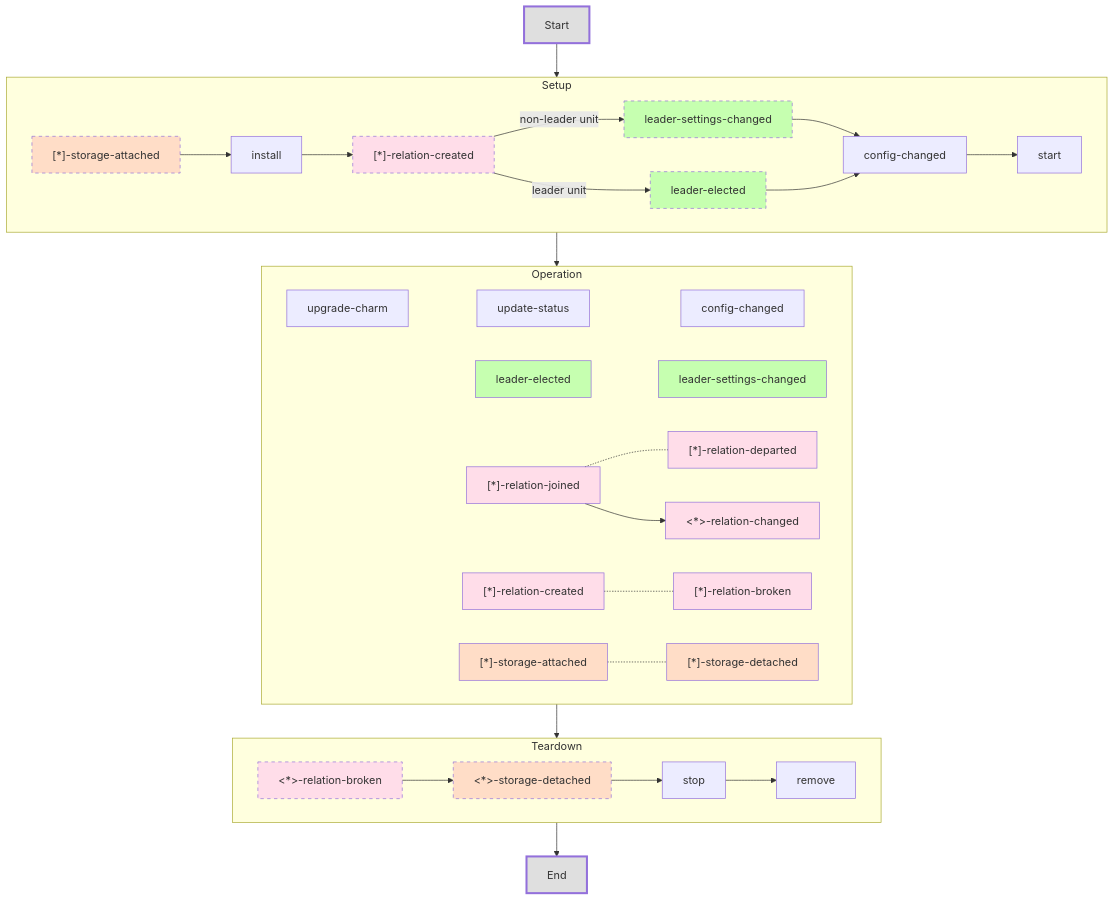
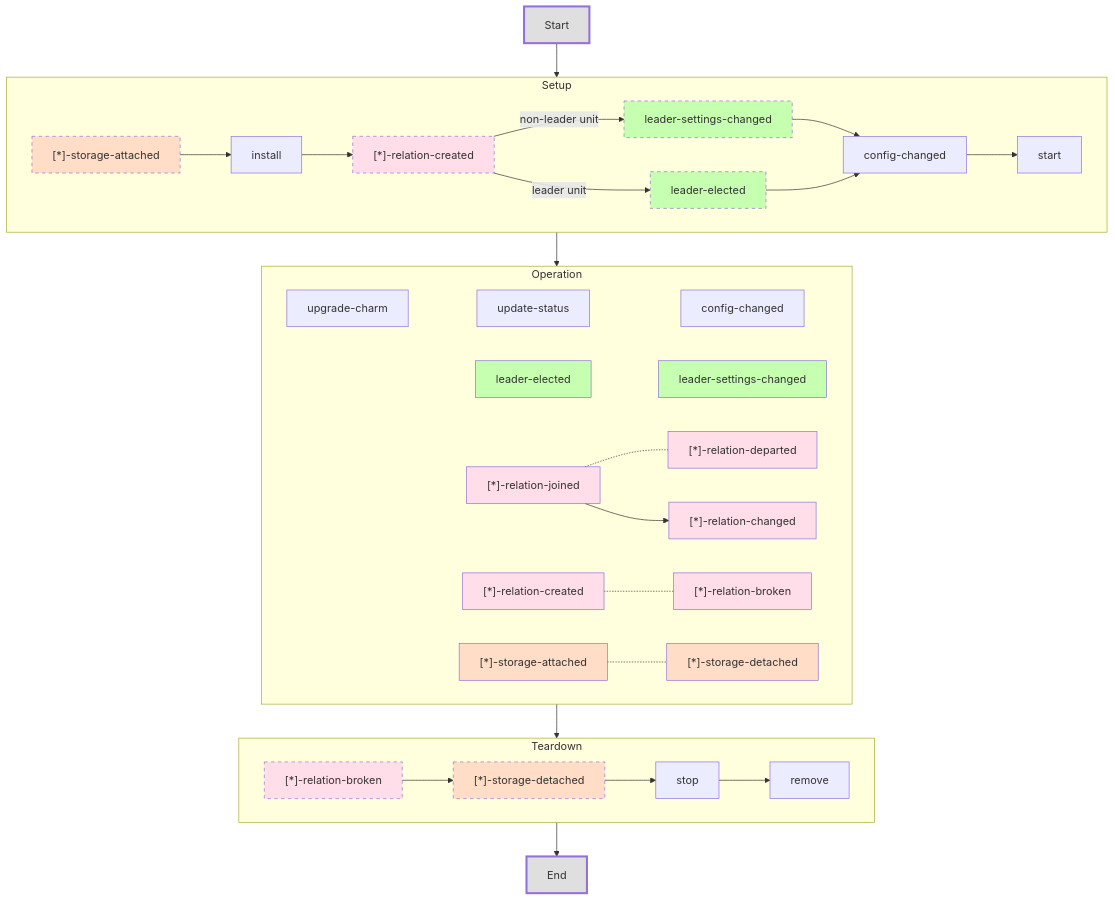
Before and after one commit to canonical/charm-events: the first of 3 diagrams in README.md, drawn with Mermaid. The commit also changed other lines of this file, not shown here.

````diff
--- a/README.md
+++ b/README.md
@@ -5,50 +5,50 @@
 ```mermaid
 flowchart TD
     subgraph Setup
         storage_attached["[*]-storage-attached"]:::optStorageEvent --> install
         install --> relation_created["[*]-relation-created"]:::optRelationEvent
         relation_created --> |leader unit|leader_elected[leader-elected]:::optLeaderEvent
         relation_created --> |non-leader unit|leader_settings_changed[leader-settings-changed]:::optLeaderEvent
         leader_settings_changed --> config_changed[config-changed]
         leader_elected --> config_changed[config-changed]
         config_changed --> start
     end
 
     subgraph Operation
         upgrade_charm[upgrade-charm] --- 
         update_status[update-status] ---
         config_changed_mant[config-changed] 
         leader_elected_mant[leader-elected]:::leaderEvent --- 
         leader_settings_changed_mant[leader-settings-changed]:::leaderEvent
         relation_joined_mant["[*]-relation-joined"]:::relationEvent -.- relation_departed_mant["[*]-relation-departed"]:::relationEvent
-        relation_joined_mant --> relation_changed_mant[<*>-relation-changed]:::relationEvent 
+        relation_joined_mant --> relation_changed_mant["[*]-relation-changed"]:::relationEvent 
         relation_created_mant["[*]-relation-created"]:::relationEvent -.- relation_broken_mant["[*]-relation-broken"]:::relationEvent 
         storage_attached_mant["[*]-storage-attached"]:::storageEvent -.- storage_detached_mant["[*]-storage-detached"]:::storageEvent
     end
     
     subgraph Teardown
-        relation_broken_teard[<*>-relation-broken]:::optRelationEvent -->
-        storage_detached[<*>-storage-detached]:::optStorageEvent -->
+        relation_broken_teard["[*]-relation-broken"]:::optRelationEvent -->
+        storage_detached["[*]-storage-detached"]:::optStorageEvent -->
         stop -->
         remove
     end
     
     Start:::meta --> 
     Setup --> 
     Operation --> 
     Teardown --> 
     End:::meta
 
 linkStyle 7 stroke:#fff0,stroke-width:1px;
 linkStyle 8 stroke:#fff0,stroke-width:1px;
 linkStyle 9 stroke:#fff0,stroke-width:1px;
 
 classDef relationEvent fill:#f9f5;
 classDef storageEvent fill:#f995;
 classDef leaderEvent fill:#5f55;
 classDef meta fill:#1112,stroke-width:3px;
 
 classDef optRelationEvent fill:#f9f5,stroke-dasharray: 5 5;
 classDef optStorageEvent fill:#f995,stroke-dasharray: 5 5;
 classDef optLeaderEvent fill:#5f55,stroke-dasharray: 5 5;
 ```
````
